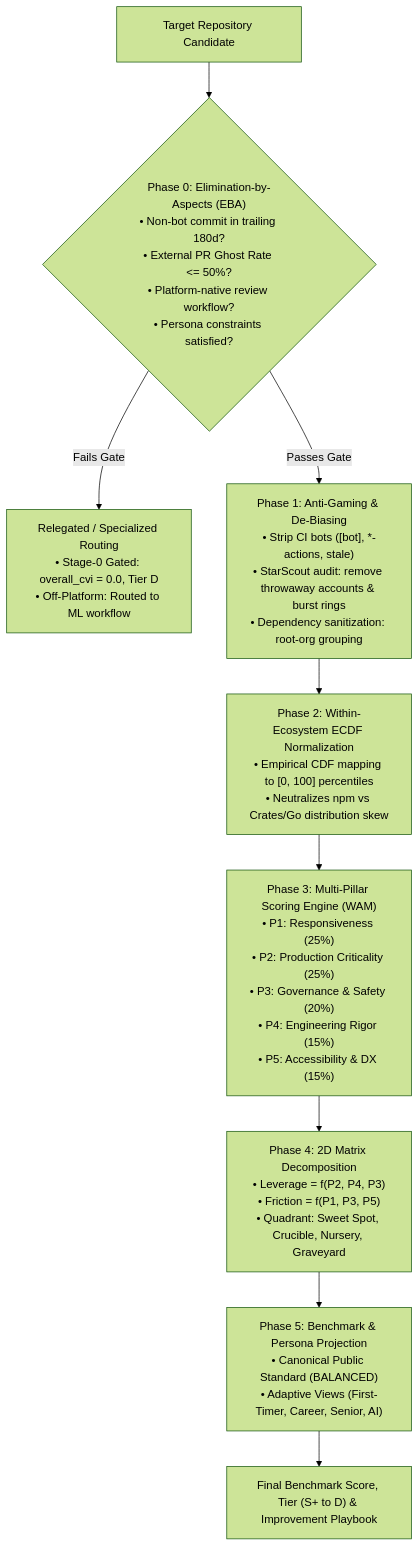
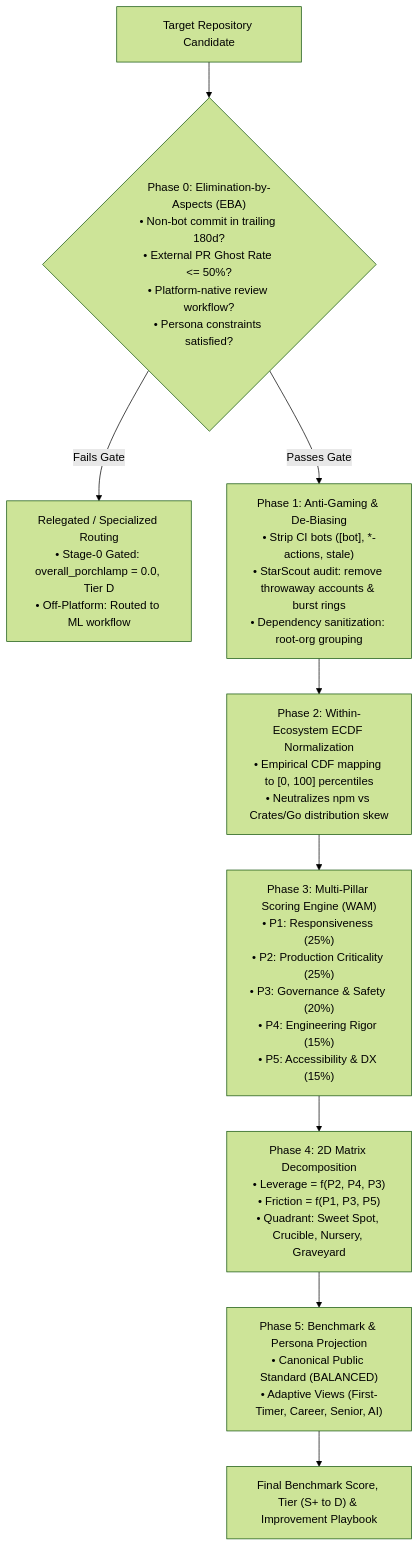
The first of 3 diagrams in docs/BENCHMARK_SPECIFICATION.md (pctablet505/porchlamp-engine), drawn with Mermaid (forest theme) before and after one commit. The commit also changed other lines of this file and 643 other files, not shown here.

````diff
--- a/docs/BENCHMARK_SPECIFICATION.md
+++ b/docs/BENCHMARK_SPECIFICATION.md
@@ -22,18 +22,18 @@
 ```mermaid
 flowchart TD
     Candidate["Target Repository Candidate"] --> Phase0{"Phase 0: Elimination-by-Aspects (EBA)<br/>• Non-bot commit in trailing 180d?<br/>• External PR Ghost Rate <= 50%?<br/>• Platform-native review workflow?<br/>• Persona constraints satisfied?"}
 
-    Phase0 -- "Fails Gate" --> Relegated["Relegated / Specialized Routing<br/>• Stage-0 Gated: overall_cvi = 0.0, Tier D<br/>• Off-Platform: Routed to ML workflow"]
+    Phase0 -- "Fails Gate" --> Relegated["Relegated / Specialized Routing<br/>• Stage-0 Gated: overall_porchlamp = 0.0, Tier D<br/>• Off-Platform: Routed to ML workflow"]
 
     Phase0 -- "Passes Gate" --> Phase1["Phase 1: Anti-Gaming & De-Biasing<br/>• Strip CI bots ([bot], *-actions, stale)<br/>• StarScout audit: remove throwaway accounts & burst rings<br/>• Dependency sanitization: root-org grouping"]
 
     Phase1 --> Phase2["Phase 2: Within-Ecosystem ECDF Normalization<br/>• Empirical CDF mapping to [0, 100] percentiles<br/>• Neutralizes npm vs Crates/Go distribution skew"]
 
     Phase2 --> Phase3["Phase 3: Multi-Pillar Scoring Engine (WAM)<br/>• P1: Responsiveness (25%)<br/>• P2: Production Criticality (25%)<br/>• P3: Governance & Safety (20%)<br/>• P4: Engineering Rigor (15%)<br/>• P5: Accessibility & DX (15%)"]
 
     Phase3 --> Phase4["Phase 4: 2D Matrix Decomposition<br/>• Leverage = f(P2, P4, P3)<br/>• Friction = f(P1, P3, P5)<br/>• Quadrant: Sweet Spot, Crucible, Nursery, Graveyard"]
 
     Phase4 --> Phase5["Phase 5: Benchmark & Persona Projection<br/>• Canonical Public Standard (BALANCED)<br/>• Adaptive Views (First-Timer, Career, Senior, AI)"]
 
     Phase5 --> Final["Final Benchmark Score, Tier (S+ to D) & Improvement Playbook"]
 ```
````
